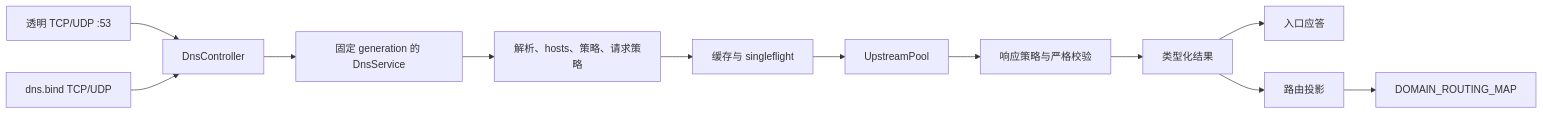
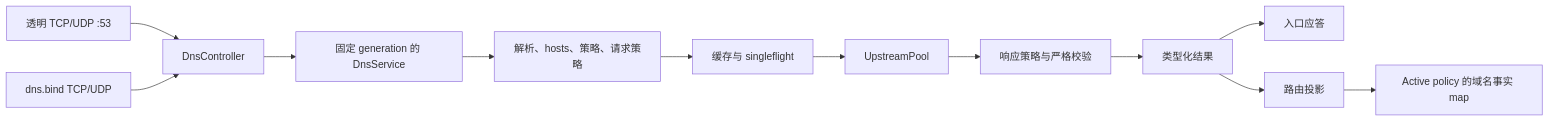
The diagram in doc/zh/design/dns.md (Glassyiris/honk), drawn with Mermaid before and after one commit. The commit also changed other lines of this file and 86 other files, not shown here.

First line of the commit message:
feat(routing): compile canonical policy into native eBPF (#181)

````diff
--- a/doc/zh/design/dns.md
+++ b/doc/zh/design/dns.md
@@ -9,14 +9,14 @@
 ```mermaid
 flowchart LR
     T[透明 TCP/UDP :53] --> C[DnsController]
     B[dns.bind TCP/UDP] --> C
     C --> G[固定 generation 的 DnsService]
     G --> P[解析、hosts、策略、请求策略]
     P --> F[缓存与 singleflight]
     F --> U[UpstreamPool]
     U --> R[响应策略与严格校验]
     R --> O[类型化结果]
     O --> X[入口应答]
     O --> M[路由投影]
-    M --> D[DOMAIN_ROUTING_MAP]
+    M --> D[Active policy 的域名事实 map]
 ```
````
